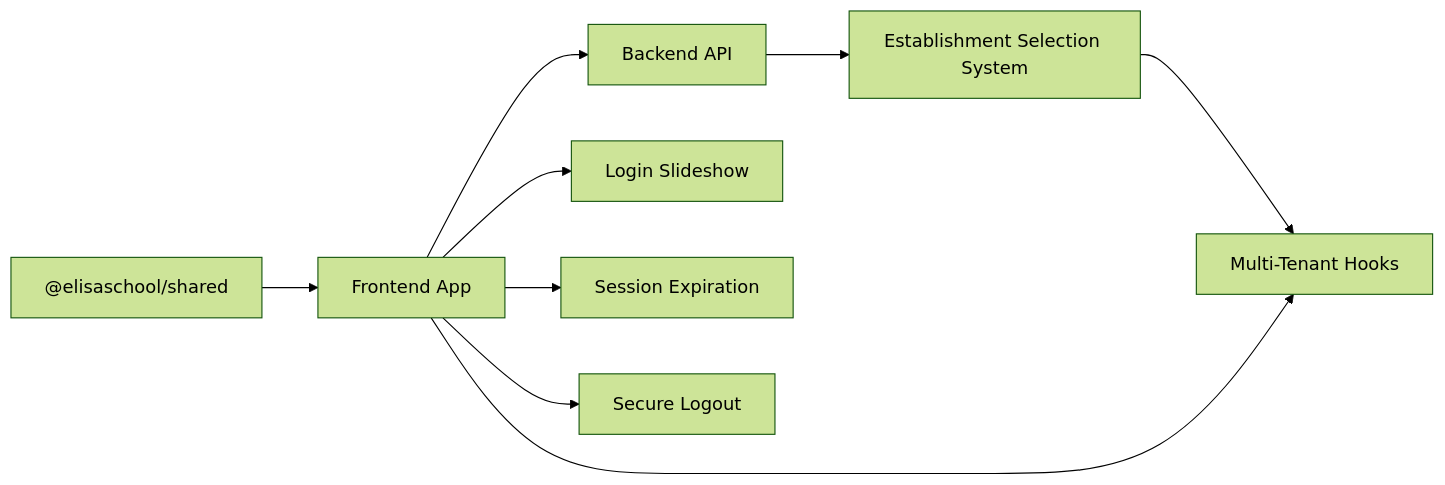
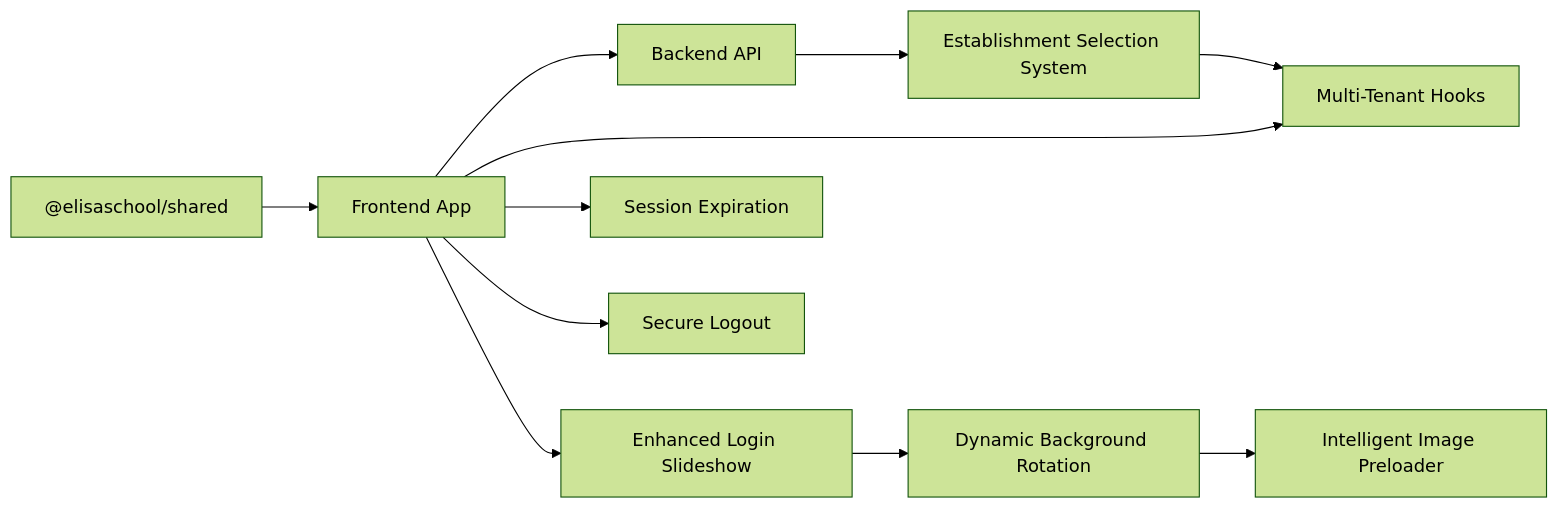
Diagram 17 of 17 in .qoder/repowiki/en/content/Frontend & PWA Implementation/Frontend & PWA Implementation.md (franckylab/eLISAschool), drawn with Mermaid (forest theme) before and after one commit. The commit also changed other lines of this file and 84 other files, not shown here.

````diff
--- a/.qoder/repowiki/en/content/Frontend & PWA Implementation/Frontend & PWA Implementation.md
+++ b/.qoder/repowiki/en/content/Frontend & PWA Implementation/Frontend & PWA Implementation.md
@@ -568,19 +630,23 @@
 ```mermaid
 graph LR
 Shared["@elisaschool/shared"]
 Frontend["Frontend App"]
 Backend["Backend API"]
 EstablishmentSelection["Establishment Selection System"]
 MultiTenant["Multi-Tenant Hooks"]
-LoginSlideshow["Login Slideshow"]
+EnhancedLoginSlideshow["Enhanced Login Slideshow"]
+DynamicBackground["Dynamic Background Rotation"]
+ImagePreloader["Intelligent Image Preloader"]
 SessionExpired["Session Expiration"]
 SecureLogout["Secure Logout"]
 Backend --> EstablishmentSelection
 EstablishmentSelection --> MultiTenant
 Frontend --> Backend
 Frontend --> MultiTenant
-Frontend --> LoginSlideshow
+Frontend --> EnhancedLoginSlideshow
+EnhancedLoginSlideshow --> DynamicBackground
+DynamicBackground --> ImagePreloader
 Frontend --> SessionExpired
 Frontend --> SecureLogout
 Shared --> Frontend
 ```
````
